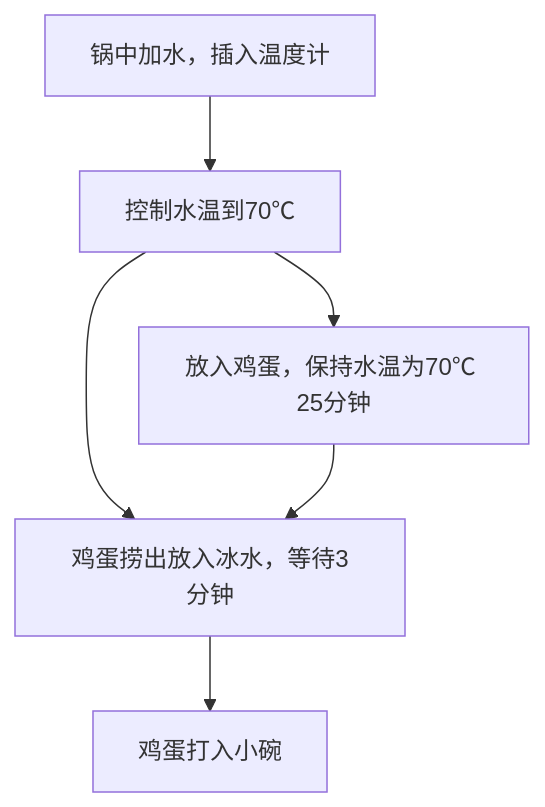
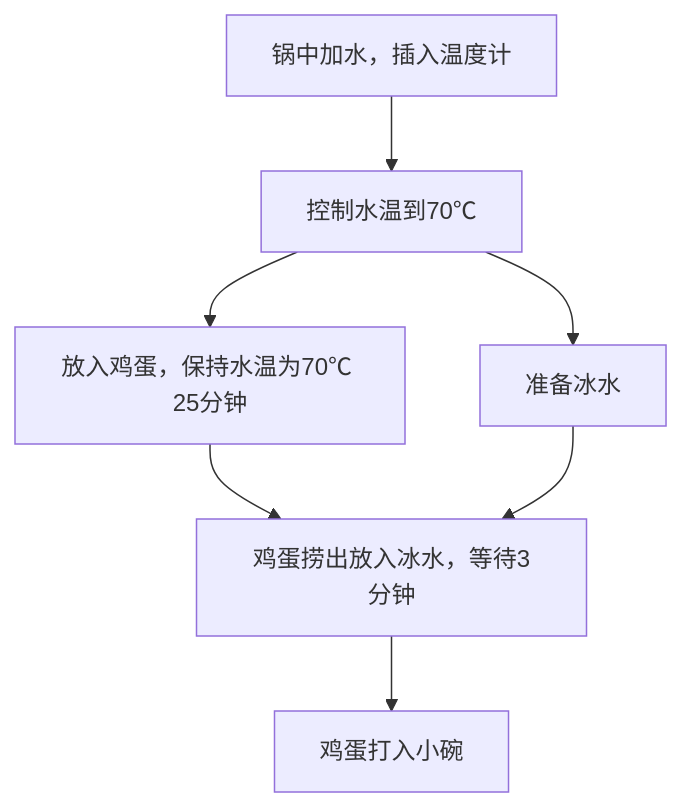
Before and after one commit to Anduin2017/HowToCook: the diagram in dishes/breakfast/温泉蛋/温泉蛋.md, drawn with Mermaid.

Commit message:
新增温泉蛋，日式牛丼

````diff
--- a/dishes/breakfast/温泉蛋/温泉蛋.md
+++ b/dishes/breakfast/温泉蛋/温泉蛋.md
@@ -45,8 +45,9 @@
 ``` mermaid
 graph TD
     A[锅中加水，插入温度计] --> B[控制水温到70℃]
     B --> C[放入鸡蛋，保持水温为70℃ 25分钟]
     B --> D[准备冰水]
-    C --> D[鸡蛋捞出放入冰水，等待3分钟]
-    D --> E[鸡蛋打入小碗]
+    C --> E
+    D --> E[鸡蛋捞出放入冰水，等待3分钟]
+    E --> F[鸡蛋打入小碗]
 ```
````
